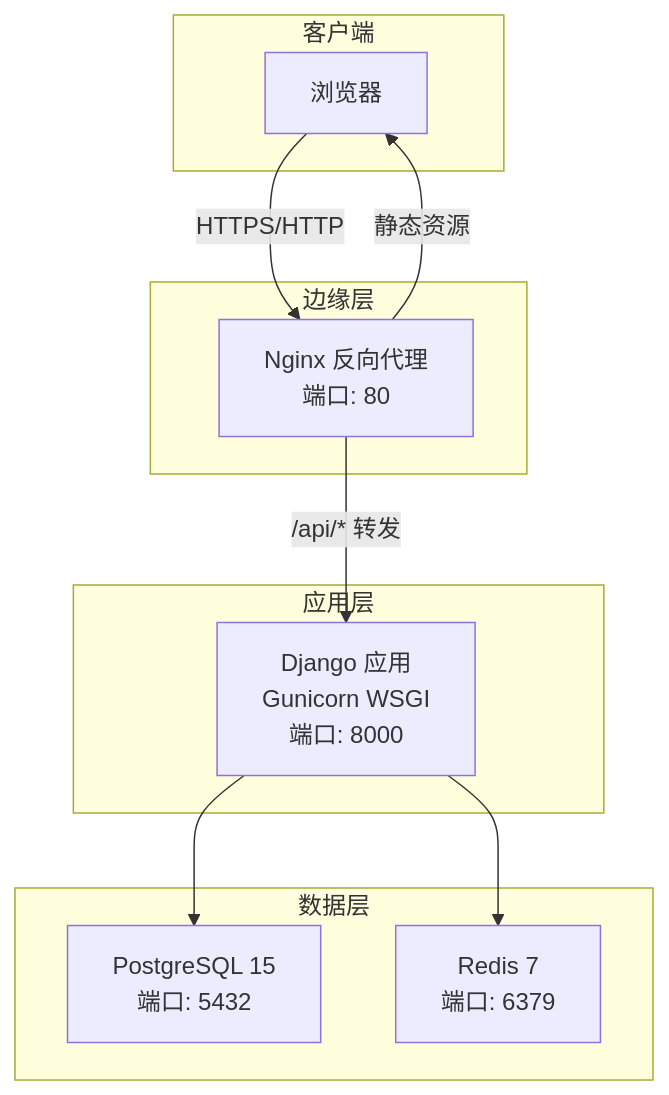
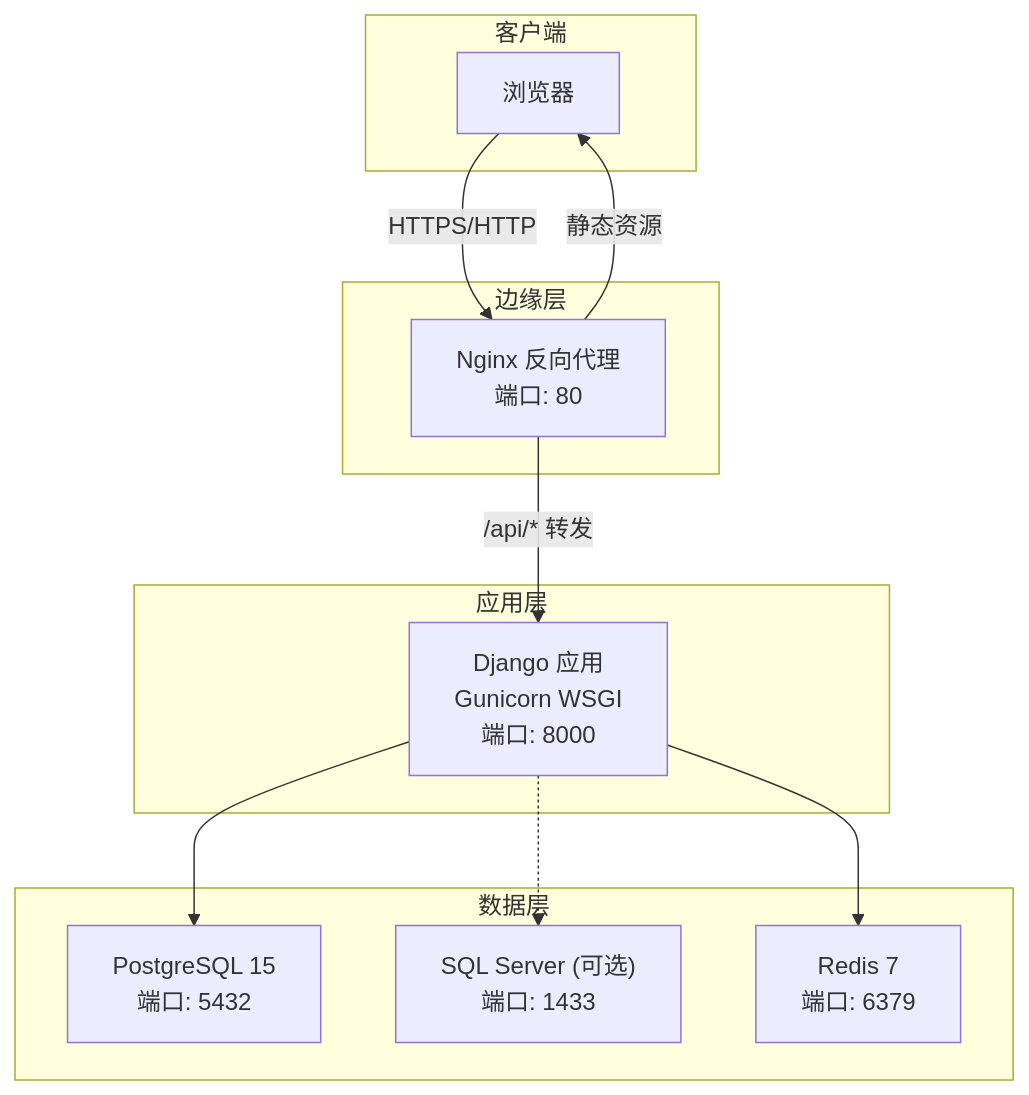
One commit to zyp-coder/Metadata changed the first of 5 diagrams in .qoder/repowiki/zh/content/部署配置/生产环境部署.md. Above: the diagram before and after it, drawn with Mermaid. The commit also changed other lines of this file and 49 other files, not shown here.

````diff
--- a/.qoder/repowiki/zh/content/部署配置/生产环境部署.md
+++ b/.qoder/repowiki/zh/content/部署配置/生产环境部署.md
@@ -54,21 +58,23 @@
 ```mermaid
 graph TB
 subgraph "客户端"
 Browser["浏览器"]
 end
 subgraph "边缘层"
 Nginx["Nginx 反向代理<br/>端口: 80"]
 end
 subgraph "应用层"
 Backend["Django 应用<br/>Gunicorn WSGI<br/>端口: 8000"]
 end
 subgraph "数据层"
 Postgres["PostgreSQL 15<br/>端口: 5432"]
+SQLServer["SQL Server (可选)<br/>端口: 1433"]
 Redis["Redis 7<br/>端口: 6379"]
 end
 Browser --> |HTTPS/HTTP| Nginx
 Nginx --> |静态资源| Browser
 Nginx --> |/api/* 转发| Backend
 Backend --> Postgres
+Backend -.-> SQLServer
 Backend --> Redis
 ```
````
